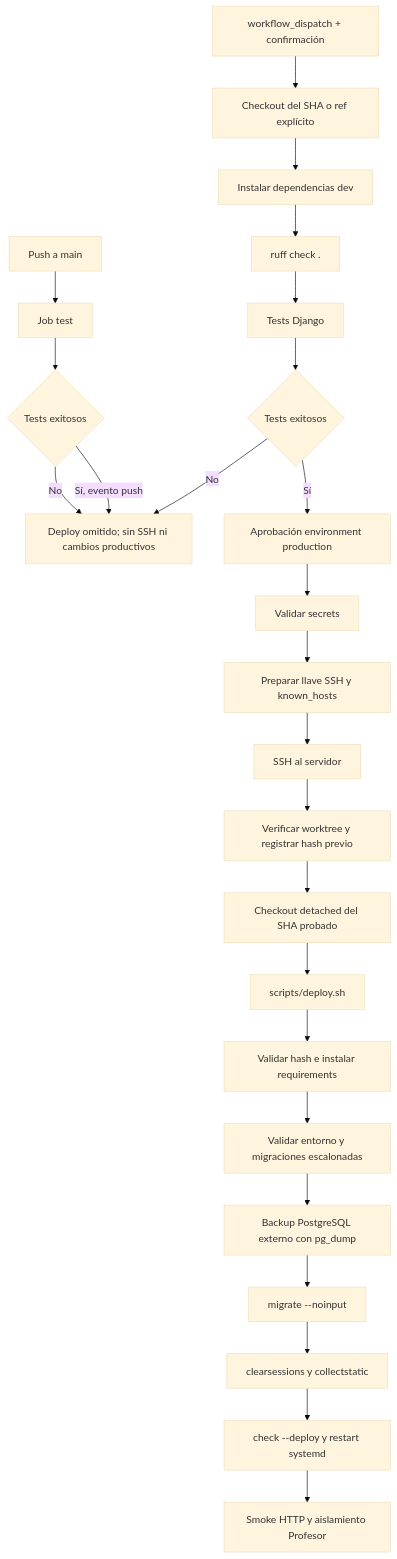
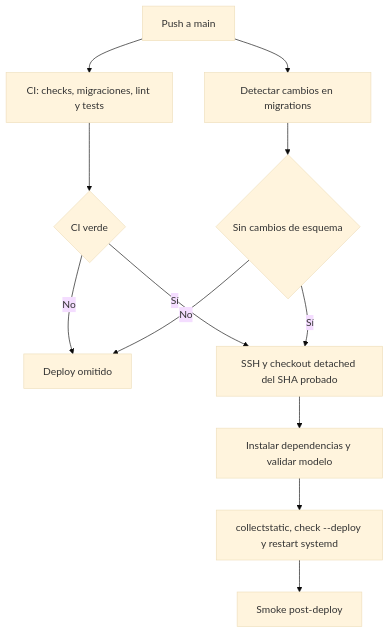
The diagram in docs/operacion/DEPLOY.md (alvaroavx/avx-django-plataformaelemental), drawn with Mermaid (base theme) before and after one commit. The commit also changed other lines of this file and 10 other files, not shown here.

Commit message:
ci(deploy): automatiza releases sin migraciones

````diff
--- a/docs/operacion/DEPLOY.md
+++ b/docs/operacion/DEPLOY.md
@@ -244,27 +237,14 @@
 ```mermaid
 flowchart TD
-    A["Push a main"] --> B["Job test"]
-    B --> G{"Tests exitosos"}
-    G -- "No" --> X["Deploy omitido; sin SSH ni cambios productivos"]
-    G -- "Sí, evento push" --> X
-    W["workflow_dispatch + confirmación"] --> C["Checkout del SHA o ref explícito"]
-    C --> D["Instalar dependencias dev"]
-    D --> E["ruff check ."]
-    E --> F["Tests Django"]
-    F --> HD{"Tests exitosos"}
-    HD -- "No" --> X
-    HD -- "Sí" --> Y["Aprobación environment production"]
-    Y --> V["Validar secrets"]
-    V --> I["Preparar llave SSH y known_hosts"]
-    I --> J["SSH al servidor"]
-    J --> K["Verificar worktree y registrar hash previo"]
-    K --> L["Checkout detached del SHA probado"]
-    L --> M["scripts/deploy.sh"]
-    M --> N["Validar hash e instalar requirements"]
-    N --> O["Validar entorno y migraciones escalonadas"]
-    O --> P["Backup PostgreSQL externo con pg_dump"]
-    P --> Q["migrate --noinput"]
-    Q --> R["clearsessions y collectstatic"]
-    R --> S["check --deploy y restart systemd"]
-    S --> T["Smoke HTTP y aislamiento Profesor"]
+    A["Push a main"] --> B["CI: checks, migraciones, lint y tests"]
+    A --> C["Detectar cambios en migrations"]
+    B --> D{"CI verde"}
+    C --> E{"Sin cambios de esquema"}
+    D -- "No" --> X["Deploy omitido"]
+    E -- "No" --> X
+    D -- "Sí" --> F["SSH y checkout detached del SHA probado"]
+    E -- "Sí" --> F
+    F --> G["Instalar dependencias y validar modelo"]
+    G --> H["collectstatic, check --deploy y restart systemd"]
+    H --> I["Smoke post-deploy"]
 ```
````
